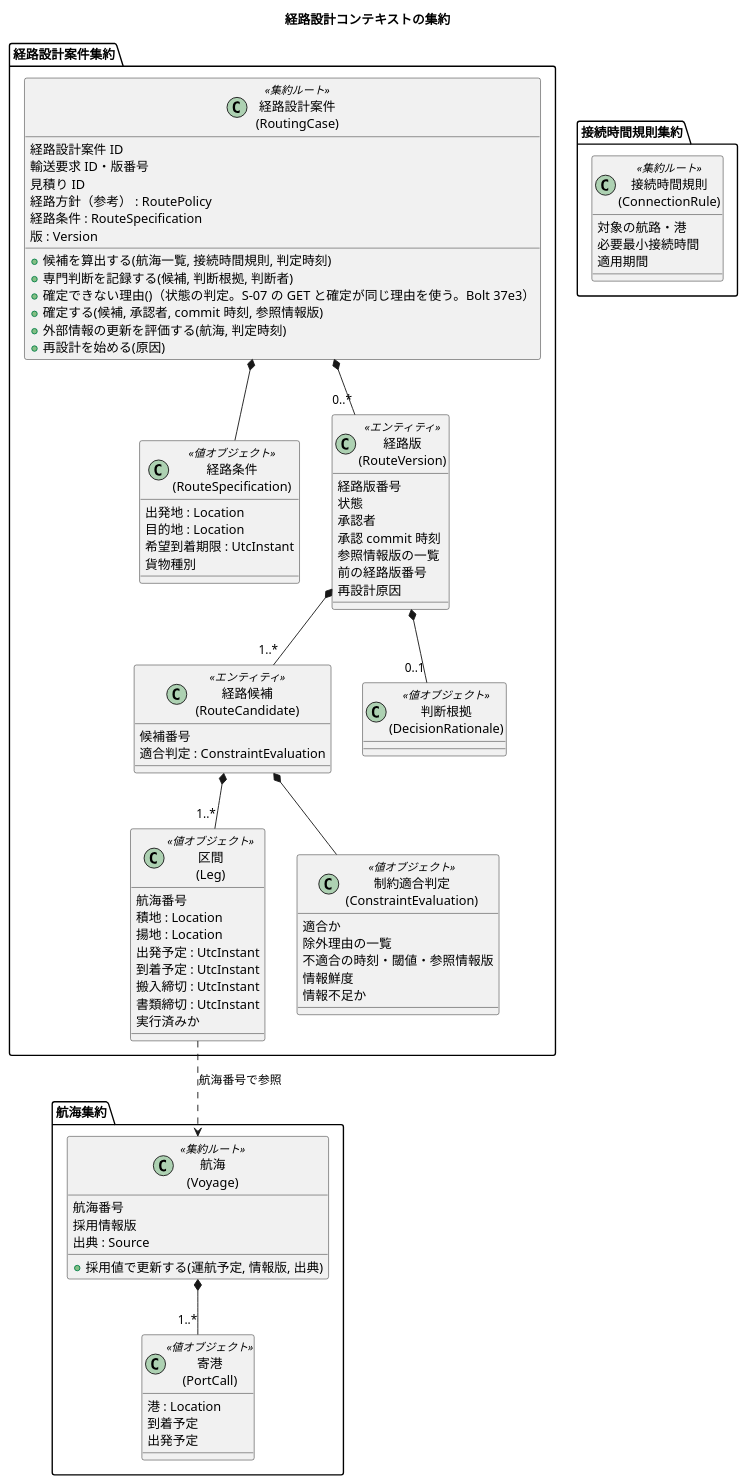
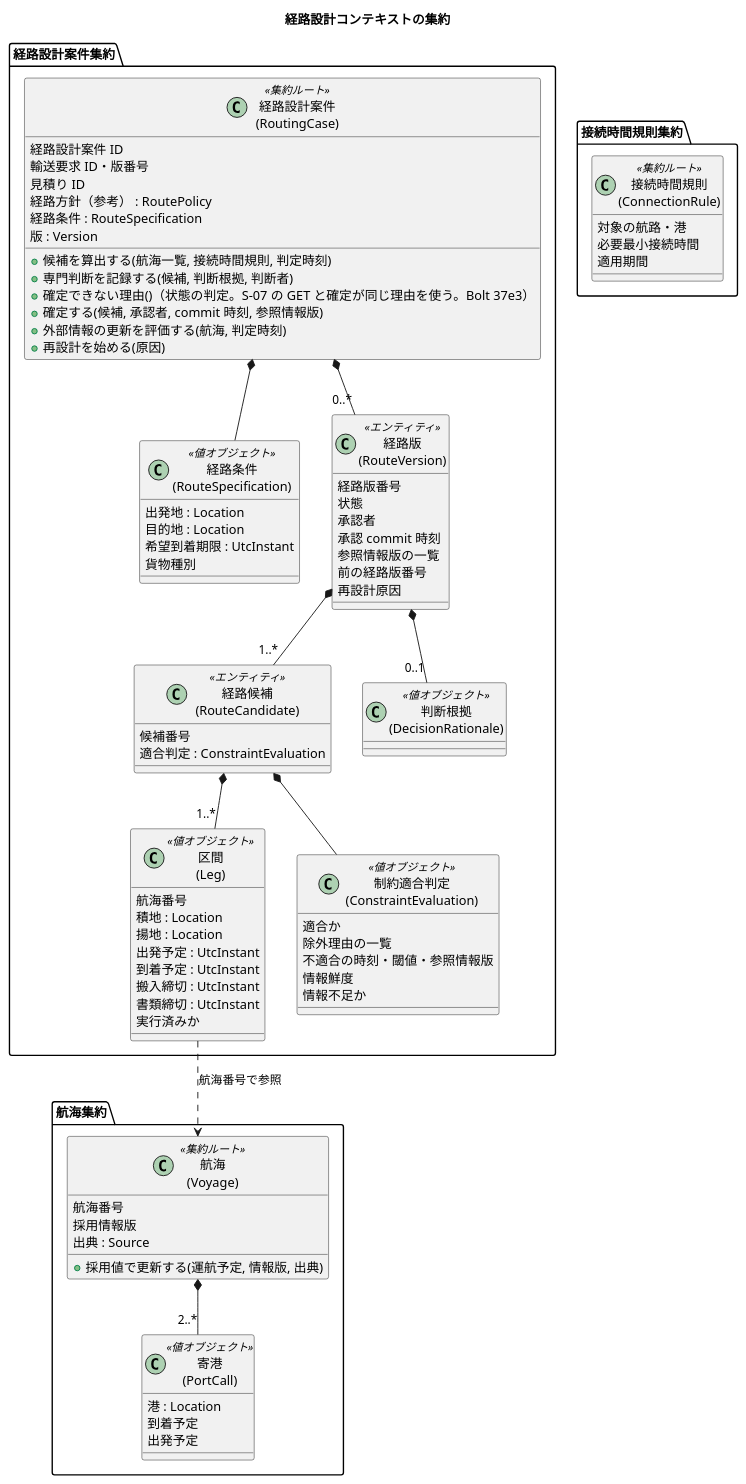
Before and after one commit to k2works/practical-domain-driven-design-in-enterpris-application: the sixth of 23 diagrams in docs/design/cargo-tracker/domain_model.md, drawn with PlantUML. The commit also changed other lines of this file and 8 other files, not shown here.

```diff
--- a/docs/design/cargo-tracker/domain_model.md
+++ b/docs/design/cargo-tracker/domain_model.md
@@ -791,7 +797,7 @@
     到着予定
     出発予定
   }
-  V *-- "1..*" PC
+  V *-- "2..*" PC
 }
 package "接続時間規則集約" {
   class "接続時間規則\n(ConnectionRule)" as CR <<集約ルート>> {
```
